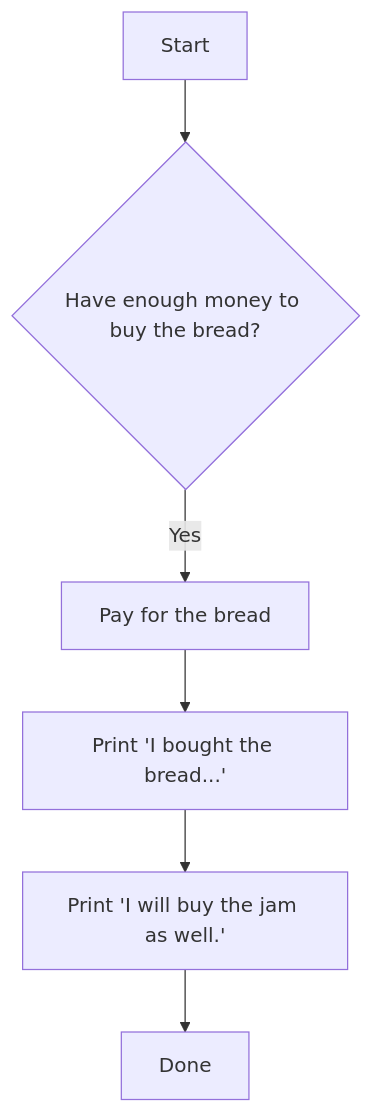
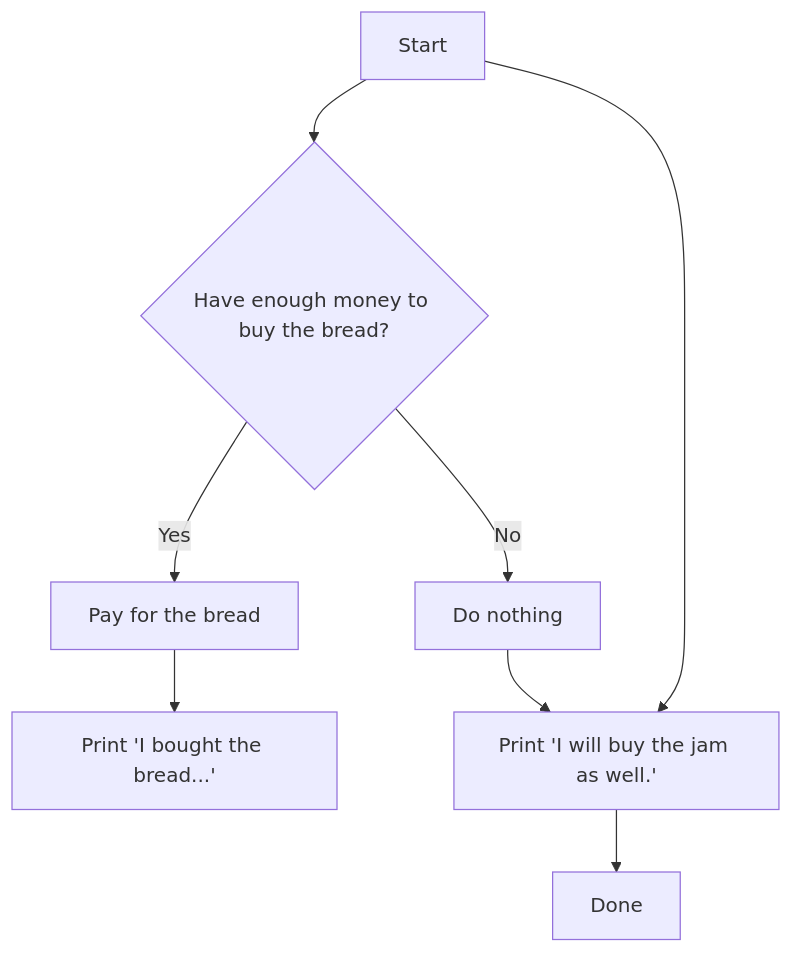
The third of 4 diagrams in courses/level-0/algoritma-menggunakan-python/3-conditionals.md (rahmanda/ayongulik), drawn with Mermaid before and after one commit.

Commit message:
docs(conditionals): fix some flowchart diagrams

````diff
--- a/courses/level-0/algoritma-menggunakan-python/3-conditionals.md
+++ b/courses/level-0/algoritma-menggunakan-python/3-conditionals.md
@@ -88,8 +88,10 @@
 ```mermaid
 flowchart TD
     A[Start] --> B{Have enough money to buy the bread?}
     B -- Yes --> C[Pay for the bread]
+    B -- No --> G[Do nothing]
     C --> D[Print 'I bought the bread...']
-    D --> E[Print 'I will buy the jam as well.']
+    A --> E[Print 'I will buy the jam as well.']
+    G --> E
     E --> F[Done]
 ```
````
